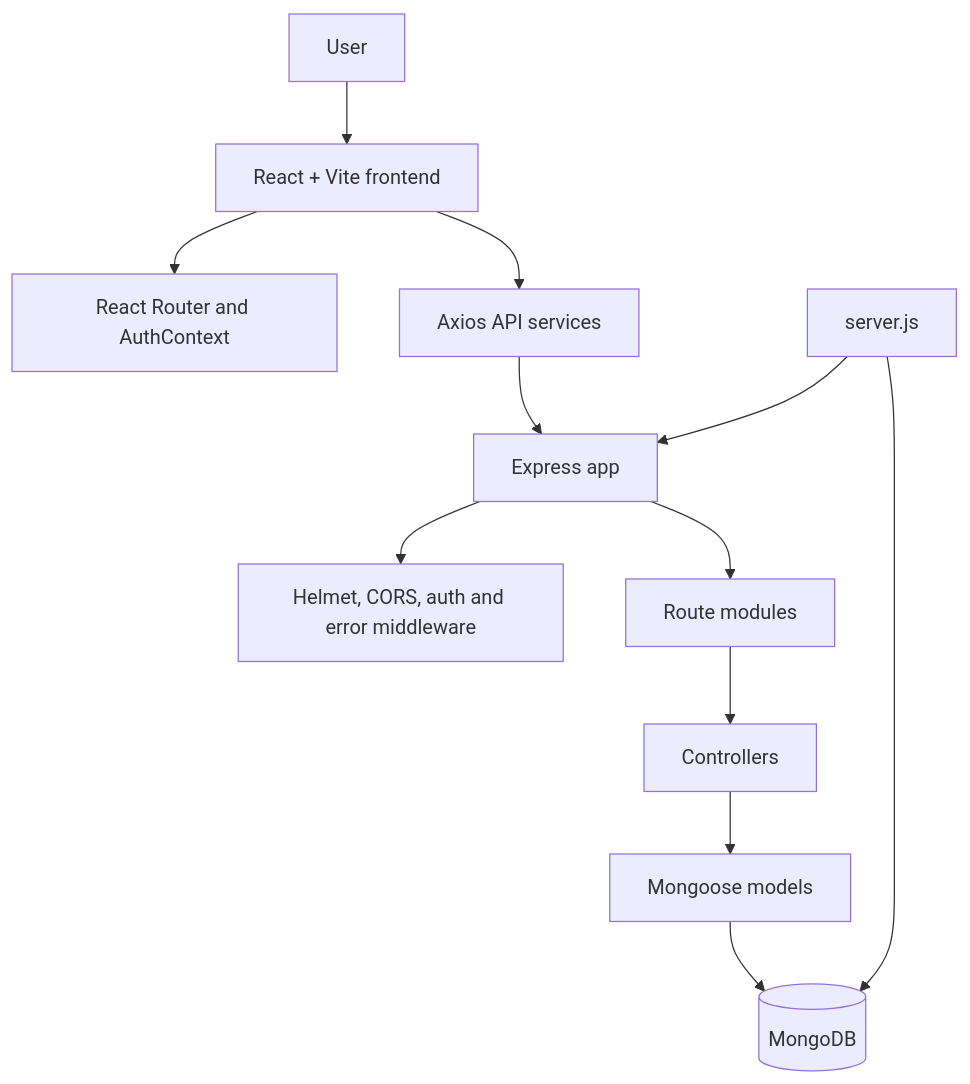
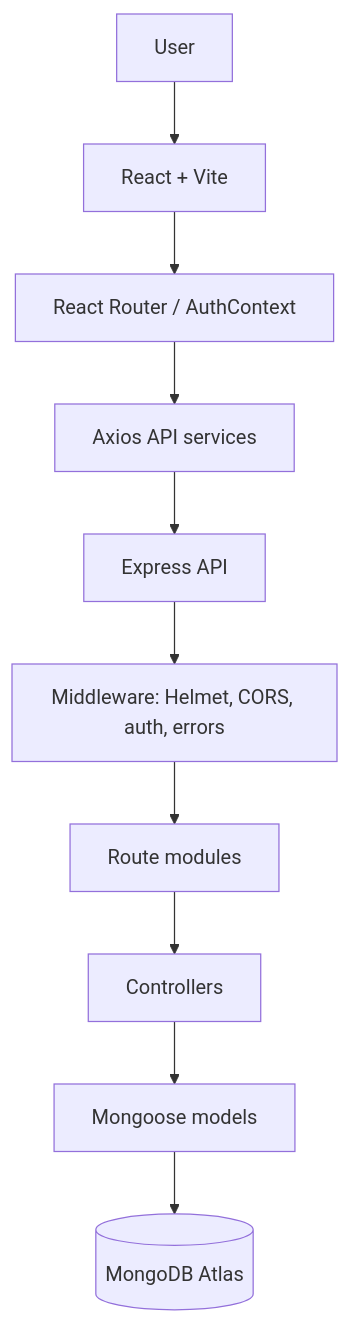
Before and after one commit to sabeerdeveloper555/Capstone-Project-FreelanceHub: the first of 3 diagrams in README.md, drawn with Mermaid. The commit also changed other lines of this file, not shown here.

````diff
--- a/README.md
+++ b/README.md
@@ -71,14 +127,12 @@
 ```mermaid
 flowchart TD
-    U[User] --> F[React + Vite frontend]
-    F --> R[React Router and AuthContext]
-    F --> A[Axios API services]
-    A --> E[Express app]
-    E --> M[Helmet, CORS, auth and error middleware]
-    E --> RT[Route modules]
+    U[User] --> F[React + Vite]
+    F --> R[React Router / AuthContext]
+    R --> A[Axios API services]
+    A --> E[Express API]
+    E --> M[Middleware: Helmet, CORS, auth, errors]
+    M --> RT[Route modules]
     RT --> C[Controllers]
     C --> MD[Mongoose models]
-    MD --> DB[(MongoDB)]
-    S[server.js] --> E
-    S --> DB
+    MD --> DB[(MongoDB Atlas)]
 ```
````
